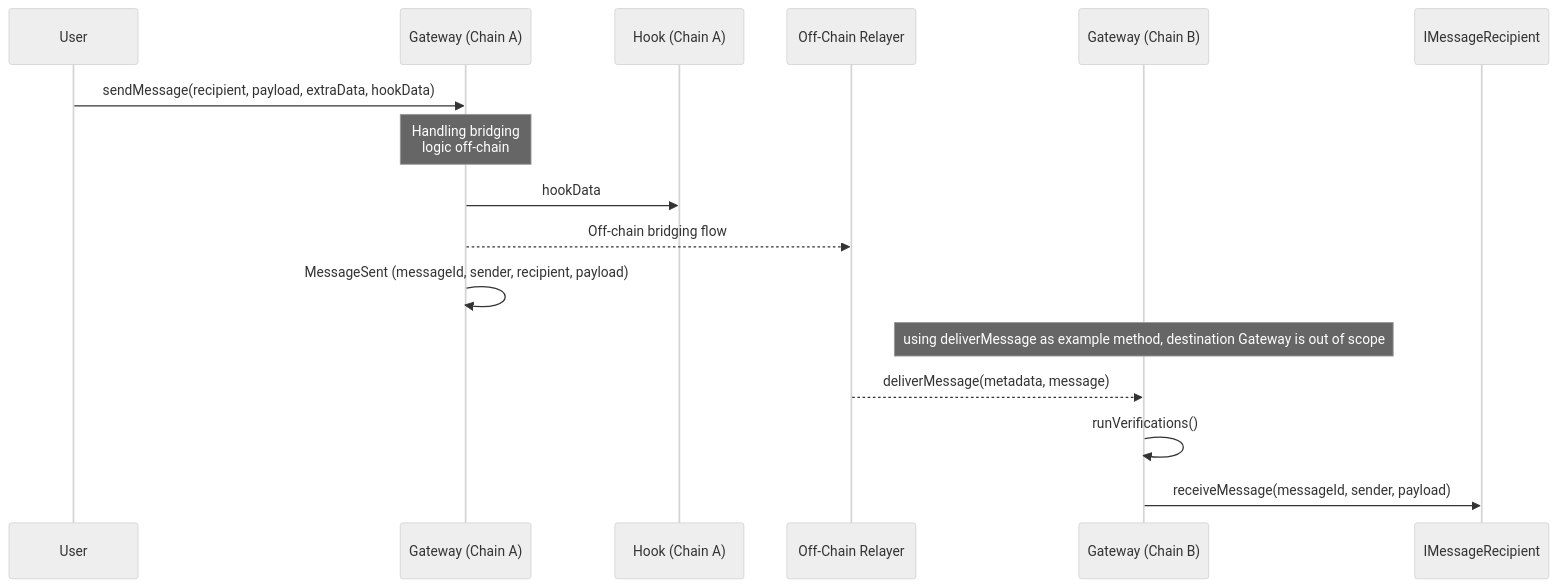
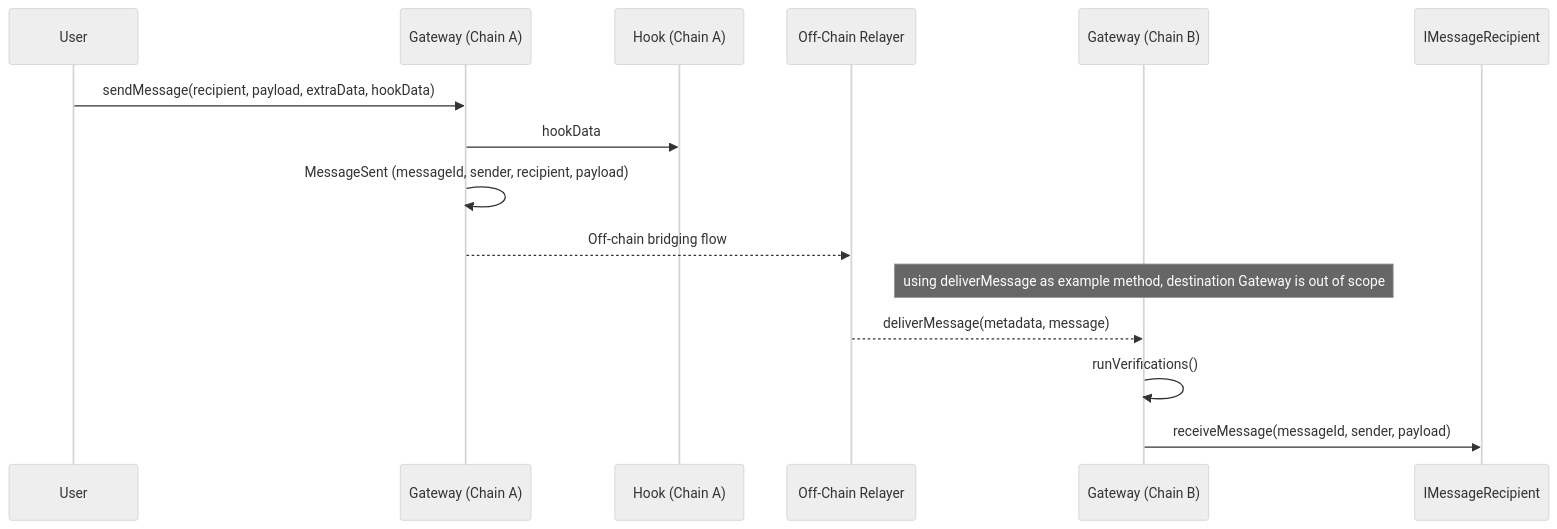
One commit to ethereum/L2-interop changed the third of 4 diagrams in specs/message-passing/message-passing-unified-specs.md. Above: the diagram before and after it, drawn with Mermaid (neutral theme). The commit also changed other lines of this file, not shown here.

````diff
--- a/specs/message-passing/message-passing-unified-specs.md
+++ b/specs/message-passing/message-passing-unified-specs.md
@@ -136,21 +135,20 @@
 ```mermaid
 sequenceDiagram
     participant User
     participant GatewayA as Gateway (Chain A)
     participant HookA as Hook (Chain A)
     participant Relayer as Off-Chain Relayer
     participant GatewayB as Gateway (Chain B)
     participant Recipient as IMessageRecipient
 
     User->>GatewayA: sendMessage(recipient, payload, extraData, hookData)
-    Note over GatewayA: Handling bridging <br/> logic off-chain
     GatewayA->>HookA: hookData
+    GatewayA->>GatewayA: MessageSent (messageId, sender, recipient, payload)
     GatewayA-->>Relayer: Off-chain bridging flow
-    GatewayA->>GatewayA: MessageSent (messageId, sender, recipient, payload)
 
     Note over GatewayB: using deliverMessage as example method, destination Gateway is out of scope
     Relayer-->>GatewayB: deliverMessage(metadata, message)
     GatewayB->>GatewayB: runVerifications()
     GatewayB->>Recipient: receiveMessage(messageId, sender, payload)
 
 ```
````
